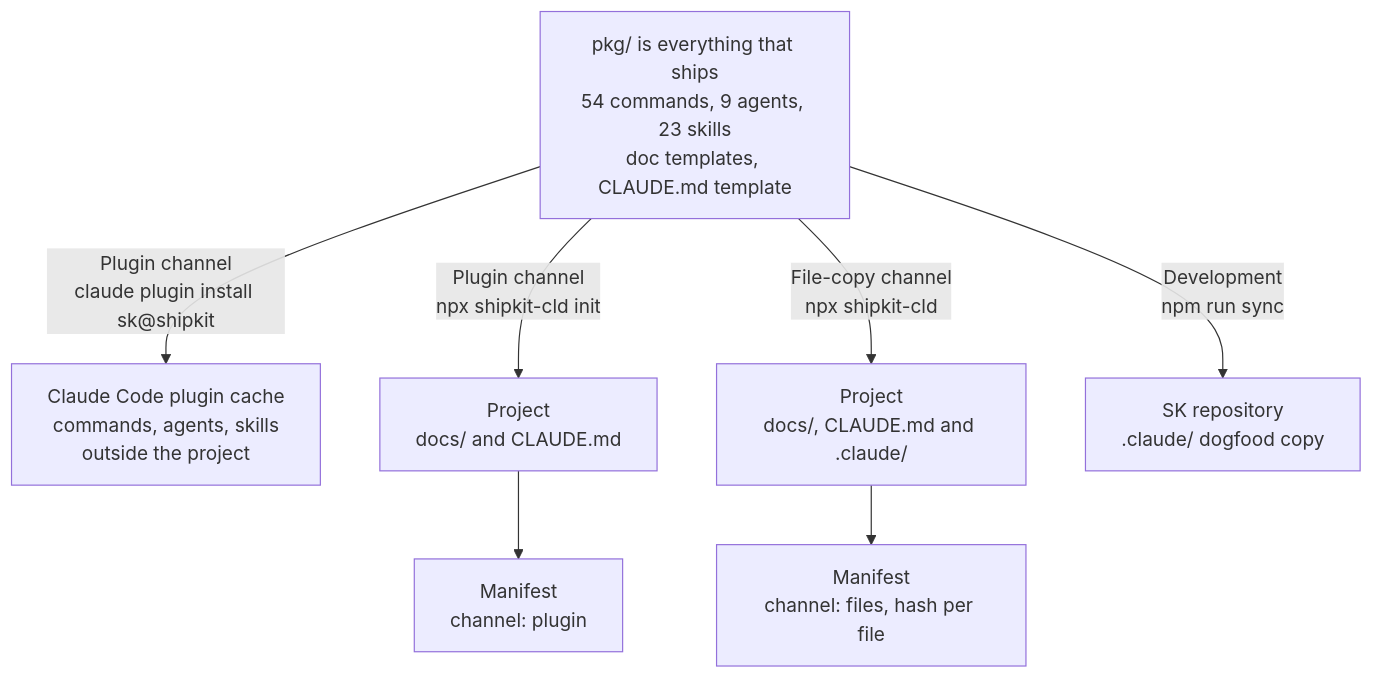
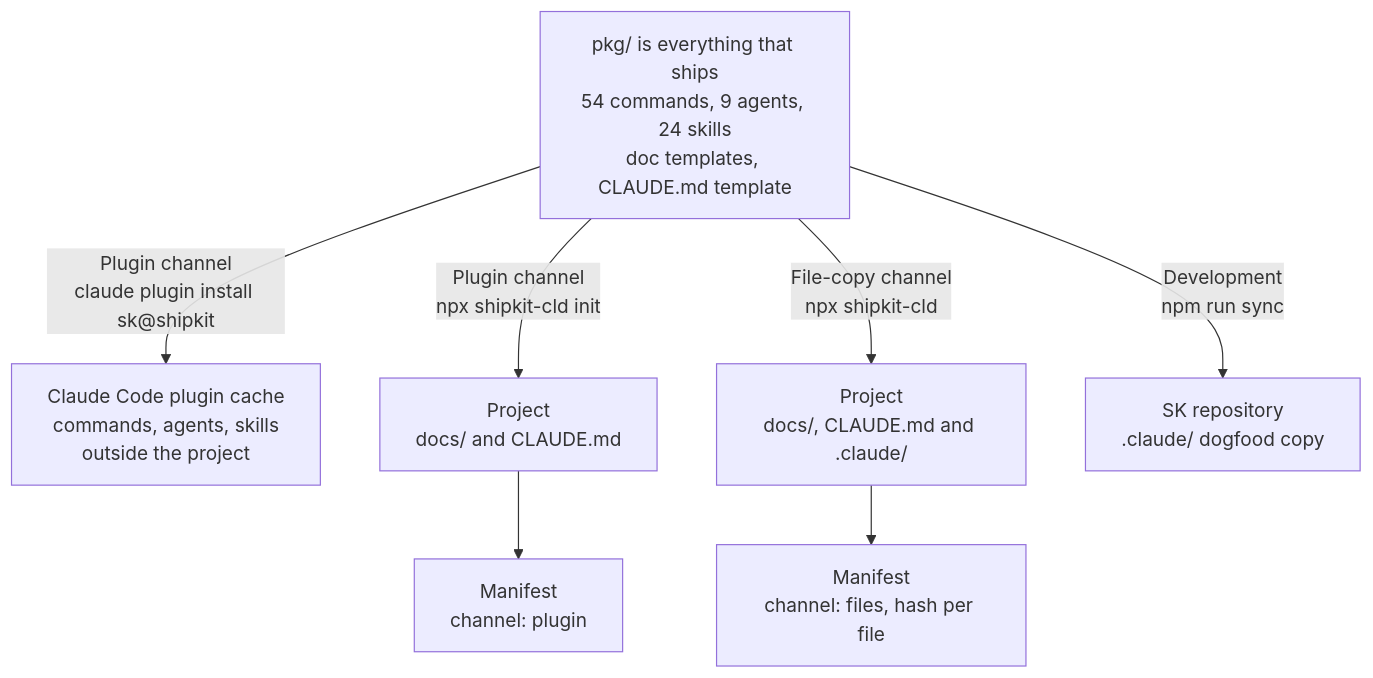
Before and after one commit to moniav/sk: the diagram in docs/architecture/README.md, drawn with Mermaid. The commit also changed other lines of this file and 18 other files, not shown here.

````diff
--- a/docs/architecture/README.md
+++ b/docs/architecture/README.md
@@ -15,12 +15,12 @@
 ```mermaid
 graph TD
-    PKG["pkg/ is everything that ships<br/>54 commands, 9 agents, 23 skills<br/>doc templates, CLAUDE.md template"]
+    PKG["pkg/ is everything that ships<br/>54 commands, 9 agents, 24 skills<br/>doc templates, CLAUDE.md template"]
 
     PKG -->|"Plugin channel<br/>claude plugin install sk@shipkit"| CACHE["Claude Code plugin cache<br/>commands, agents, skills<br/>outside the project"]
     PKG -->|"Plugin channel<br/>npx shipkit-cld init"| PDOCS["Project<br/>docs/ and CLAUDE.md"]
     PKG -->|"File-copy channel<br/>npx shipkit-cld"| PALL["Project<br/>docs/, CLAUDE.md and .claude/"]
     PKG -->|"Development<br/>npm run sync"| DOG["SK repository<br/>.claude/ dogfood copy"]
 
     PDOCS --> MAN1["Manifest<br/>channel: plugin"]
     PALL --> MAN2["Manifest<br/>channel: files, hash per file"]
 ```
````
